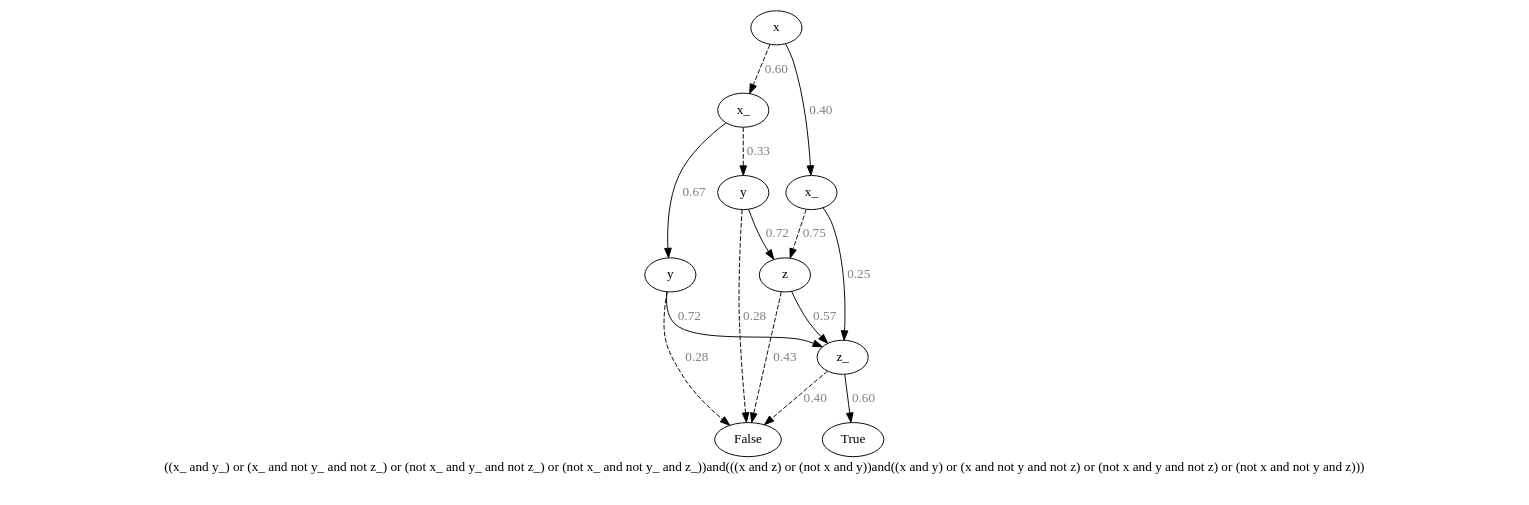
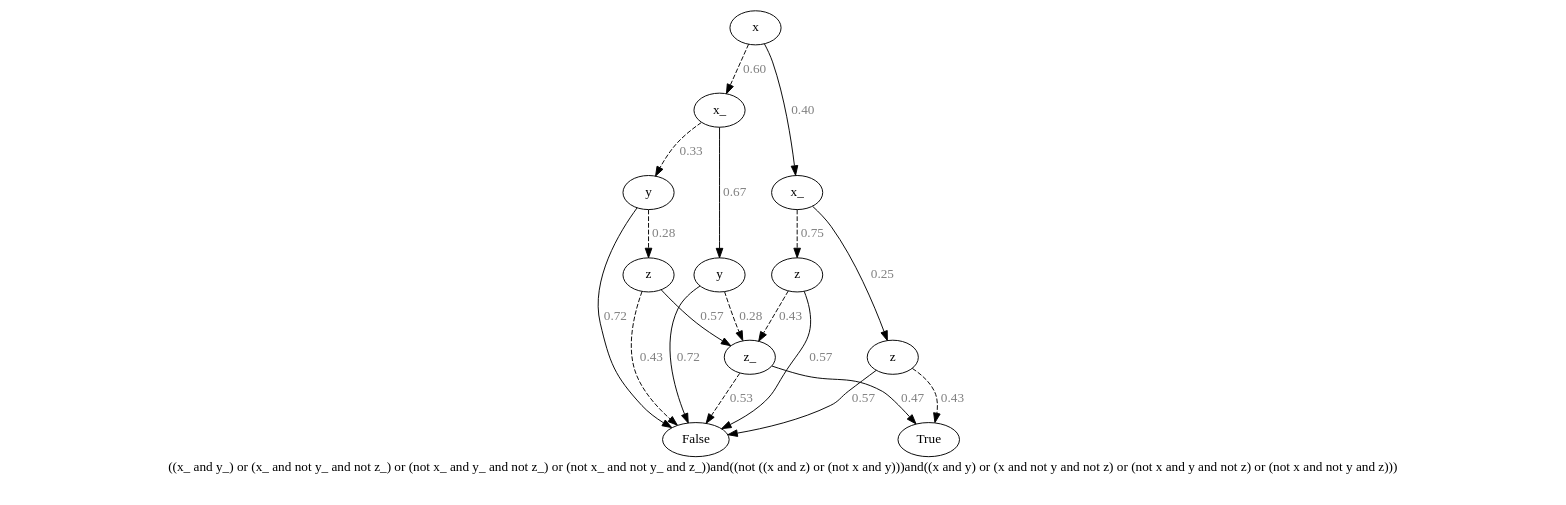
The diagram in out/end_6_bdd_tp.dot (O1ez/IncreasingResilienceOfAutomatedVehicles), drawn with Graphviz before and after one commit. The commit also changed 15 other files, not shown here.

```diff
--- a/out/end_6_bdd_tp.dot
+++ b/out/end_6_bdd_tp.dot
@@ -1,45 +1,57 @@
 digraph{
-label="((x_ and y_) or (x_ and not y_ and not z_) or (not x_ and y_ and not z_) or (not x_ and not y_ and z_))and(((x and z) or (not x and y))and((x and y) or (x and not y and not z) or (not x and y and not z) or (not x and not y and z)))\n\n"
-2996655536912[label=x]2996655566160[label="x_
+label="((x_ and y_) or (x_ and not y_ and not z_) or (not x_ and y_ and not z_) or (not x_ and not y_ and z_))and((not ((x and z) or (not x and y)))and((x and y) or (x and not y and not z) or (not x and y and not z) or (not x and not y and z)))\n\n"
+1987287148304[label=x]1987287142544[label="x_
 "]
-2996655536912 -> 2996655566160[style=dashed label="0.60" fontcolor = gray]
-2996655562160[label="y
+1987287148304 -> 1987287142544[style=dashed label="0.60" fontcolor = gray]
+1987287140624[label="y
 "]
-2996655566160 -> 2996655562160[style=dashed label="0.33" fontcolor = gray]
-2996655531152[label="False
+1987287142544 -> 1987287140624[style=dashed label="0.33" fontcolor = gray]
+1987287147984[label="z
 "]
-2996655562160 -> 2996655531152[style=dashed label="0.28" fontcolor = gray]
-2996655556240[label="z
+1987287140624 -> 1987287147984[style=dashed label="0.28" fontcolor = gray]
+1987287101072[label="False
 "]
-2996655562160 -> 2996655556240 [label="0.72" fontcolor = gray]
-2996655531152[label="False
+1987287147984 -> 1987287101072[style=dashed label="0.43" fontcolor = gray]
+1987287140784[label="z_
 "]
-2996655556240 -> 2996655531152[style=dashed label="0.43" fontcolor = gray]
-2996655555440[label="z_
+1987287147984 -> 1987287140784 [label="0.57" fontcolor = gray]
+1987287101072[label="False
 "]
-2996655556240 -> 2996655555440 [label="0.57" fontcolor = gray]
-2996655531152[label="False
+1987287140784 -> 1987287101072[style=dashed label="0.53" fontcolor = gray]
+1987287100592[label="True
 "]
-2996655555440 -> 2996655531152[style=dashed label="0.40" fontcolor = gray]
-2996655533232[label="True
+1987287140784 -> 1987287100592 [label="0.47" fontcolor = gray]
+1987287101072[label="False
 "]
-2996655555440 -> 2996655533232 [label="0.60" fontcolor = gray]
-2996655558960[label="y
+1987287140624 -> 1987287101072 [label="0.72" fontcolor = gray]
+1987287143504[label="y
 "]
-2996655566160 -> 2996655558960 [label="0.67" fontcolor = gray]
-2996655531152[label="False
+1987287142544 -> 1987287143504 [label="0.67" fontcolor = gray]
+1987287140784[label="z_
 "]
-2996655558960 -> 2996655531152[style=dashed label="0.28" fontcolor = gray]
-2996655555440[label="z_
+1987287143504 -> 1987287140784[style=dashed label="0.28" fontcolor = gray]
+1987287101072[label="False
 "]
-2996655558960 -> 2996655555440 [label="0.72" fontcolor = gray]
-2996655560080[label="x_
+1987287143504 -> 1987287101072 [label="0.72" fontcolor = gray]
+1987287145424[label="x_
 "]
-2996655536912 -> 2996655560080 [label="0.40" fontcolor = gray]
-2996655556240[label="z
+1987287148304 -> 1987287145424 [label="0.40" fontcolor = gray]
+1987287138704[label="z
 "]
-2996655560080 -> 2996655556240[style=dashed label="0.75" fontcolor = gray]
-2996655555440[label="z_
+1987287145424 -> 1987287138704[style=dashed label="0.75" fontcolor = gray]
+1987287140784[label="z_
 "]
-2996655560080 -> 2996655555440 [label="0.25" fontcolor = gray]
+1987287138704 -> 1987287140784[style=dashed label="0.43" fontcolor = gray]
+1987287101072[label="False
+"]
+1987287138704 -> 1987287101072 [label="0.57" fontcolor = gray]
+1987287139024[label="z
+"]
+1987287145424 -> 1987287139024 [label="0.25" fontcolor = gray]
+1987287100592[label="True
+"]
+1987287139024 -> 1987287100592[style=dashed label="0.43" fontcolor = gray]
+1987287101072[label="False
+"]
+1987287139024 -> 1987287101072 [label="0.57" fontcolor = gray]
 }
```
